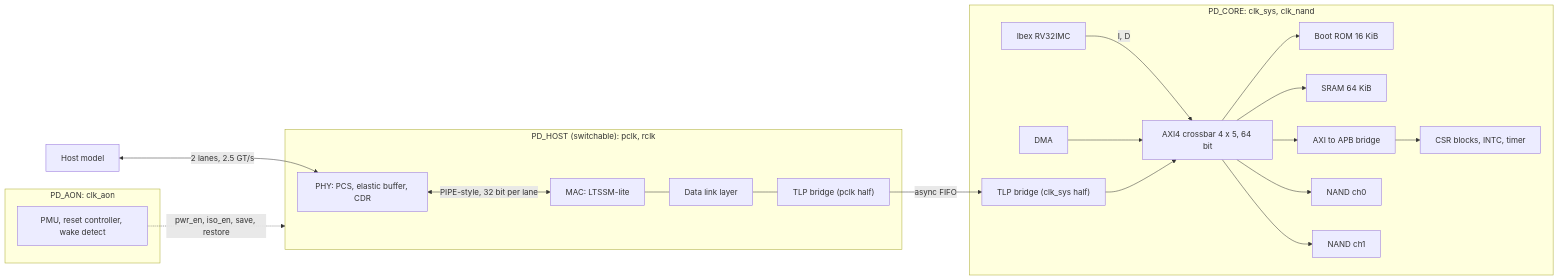
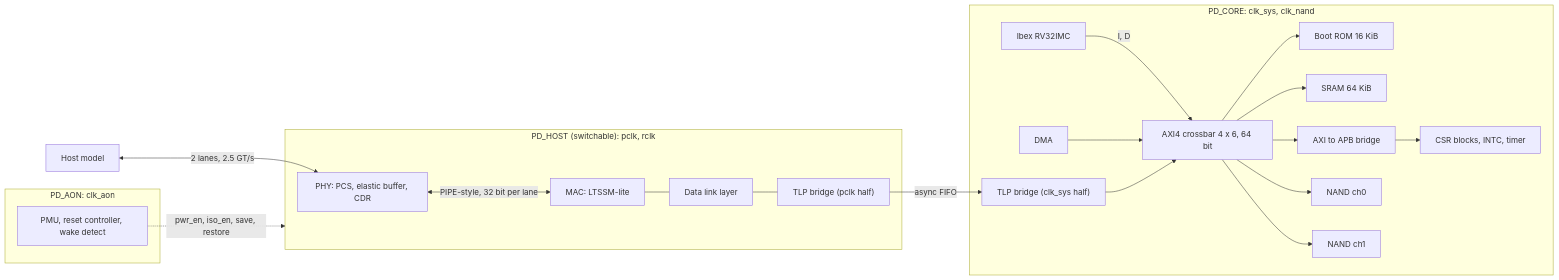
Before and after one commit to yhkwon-git/Storage_SoC: the diagram in docs/01_soc_architecture.md, drawn with Mermaid. The commit also changed other lines of this file and 3 other files, not shown here.

````diff
--- a/docs/01_soc_architecture.md
+++ b/docs/01_soc_architecture.md
@@ -9,36 +9,36 @@
 ```mermaid
 flowchart LR
   HOST["Host model"] <-->|"2 lanes, 2.5 GT/s"| PHY
   subgraph PDH["PD_HOST (switchable): pclk, rclk"]
     PHY["PHY: PCS, elastic buffer, CDR"]
     MAC["MAC: LTSSM-lite"]
     DLL["Data link layer"]
     TLB["TLP bridge (pclk half)"]
     PHY <-->|"PIPE-style, 32 bit per lane"| MAC --- DLL --- TLB
   end
   subgraph PDC["PD_CORE: clk_sys, clk_nand"]
     TLC["TLP bridge (clk_sys half)"]
     CPU["Ibex RV32IMC"]
     DMA["DMA"]
-    XBAR["AXI4 crossbar 4 x 5, 64 bit"]
+    XBAR["AXI4 crossbar 4 x 6, 64 bit"]
     ROM["Boot ROM 16 KiB"]
     SRAM["SRAM 64 KiB"]
     APB["AXI to APB bridge"]
     CSR["CSR blocks, INTC, timer"]
     N0["NAND ch0"]
     N1["NAND ch1"]
     CPU -->|"I, D"| XBAR
     DMA --> XBAR
     TLC --> XBAR
     XBAR --> ROM
     XBAR --> SRAM
     XBAR --> APB --> CSR
     XBAR --> N0
     XBAR --> N1
   end
   subgraph AON["PD_AON: clk_aon"]
     PMU["PMU, reset controller, wake detect"]
   end
   TLB -->|"async FIFO"| TLC
   PMU -. "pwr_en, iso_en, save, restore" .-> PDH
 ```
````
